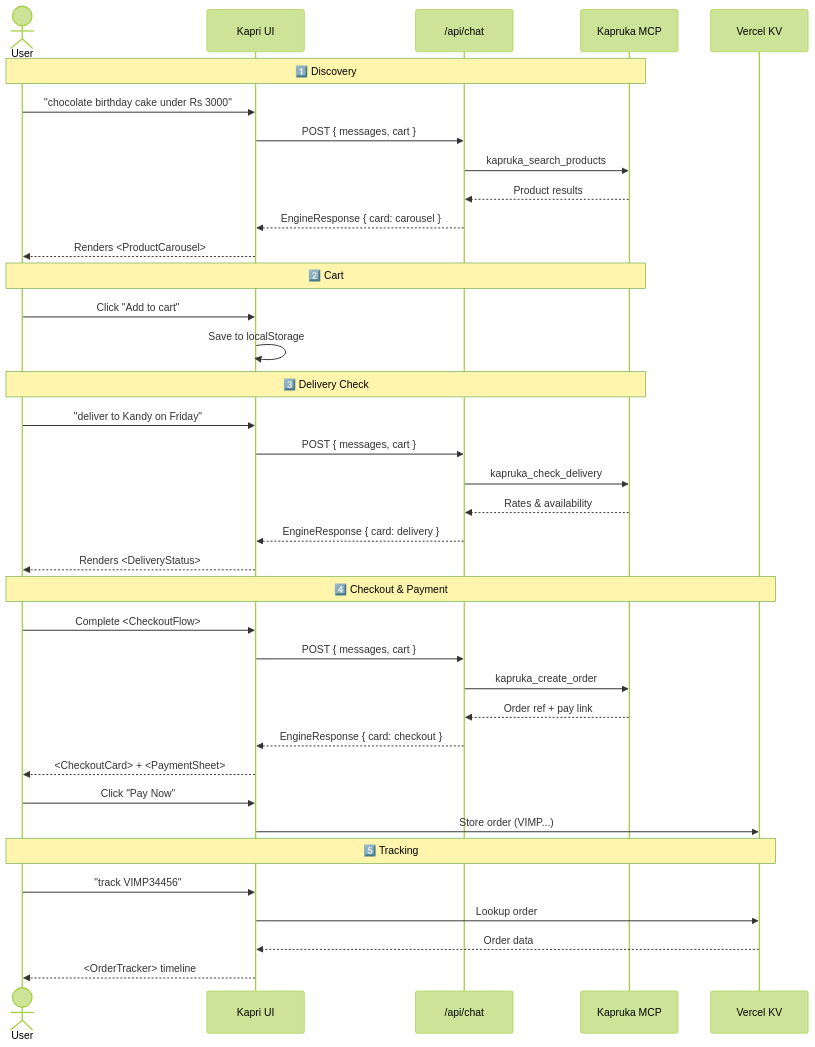
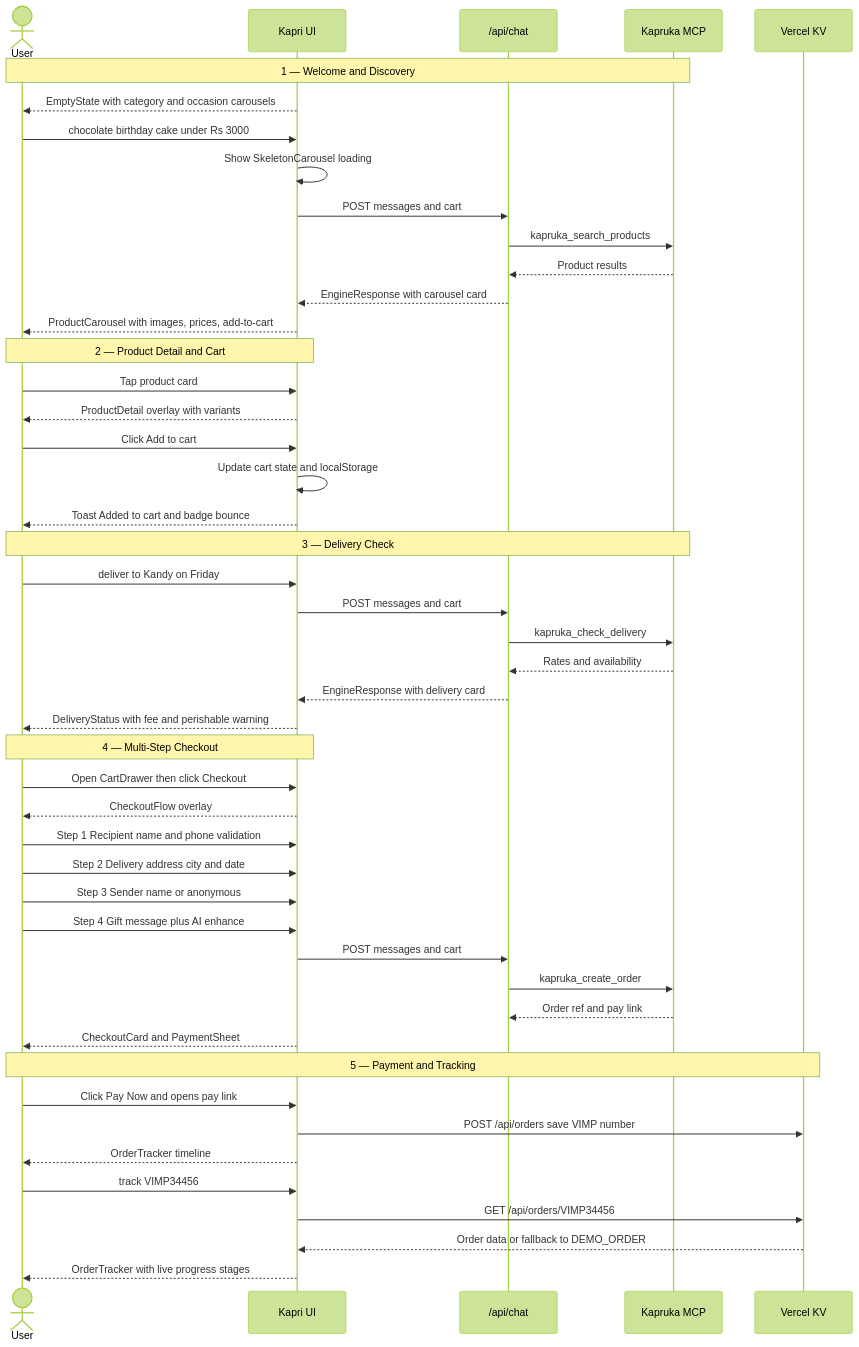
The fourth of 5 diagrams in README.md (LasaKaru/kapri), drawn with Mermaid (forest theme) before and after one commit. The commit also changed other lines of this file and 2 other files, not shown here.

Commit message:
feat: implement Gemini MCP integration and system prompt orchestration

````diff
--- a/README.md
+++ b/README.md
@@ -110,44 +231,54 @@
 ```mermaid
 sequenceDiagram
     actor User
-    participant Kapri as Kapri UI
+    participant UI as Kapri UI
     participant API as /api/chat
     participant MCP as Kapruka MCP
     participant KV as Vercel KV
 
-    Note over User,MCP: 1️⃣ Discovery
-    User->>Kapri: "chocolate birthday cake under Rs 3000"
-    Kapri->>API: POST { messages, cart }
+    Note over User,MCP: 1 — Welcome and Discovery
+    UI-->>User: EmptyState with category and occasion carousels
+    User->>UI: chocolate birthday cake under Rs 3000
+    UI->>UI: Show SkeletonCarousel loading
+    UI->>API: POST messages and cart
     API->>MCP: kapruka_search_products
     MCP-->>API: Product results
-    API-->>Kapri: EngineResponse { card: carousel }
-    Kapri-->>User: Renders <ProductCarousel>
+    API-->>UI: EngineResponse with carousel card
+    UI-->>User: ProductCarousel with images, prices, add-to-cart
 
-    Note over User,MCP: 2️⃣ Cart
-    User->>Kapri: Click "Add to cart"
-    Kapri->>Kapri: Save to localStorage
+    Note over User,UI: 2 — Product Detail and Cart
+    User->>UI: Tap product card
+    UI-->>User: ProductDetail overlay with variants
+    User->>UI: Click Add to cart
+    UI->>UI: Update cart state and localStorage
+    UI-->>User: Toast Added to cart and badge bounce
 
-    Note over User,MCP: 3️⃣ Delivery Check
-    User->>Kapri: "deliver to Kandy on Friday"
-    Kapri->>API: POST { messages, cart }
+    Note over User,MCP: 3 — Delivery Check
+    User->>UI: deliver to Kandy on Friday
+    UI->>API: POST messages and cart
     API->>MCP: kapruka_check_delivery
-    MCP-->>API: Rates & availability
-    API-->>Kapri: EngineResponse { card: delivery }
-    Kapri-->>User: Renders <DeliveryStatus>
+    MCP-->>API: Rates and availability
+    API-->>UI: EngineResponse with delivery card
+    UI-->>User: DeliveryStatus with fee and perishable warning
 
-    Note over User,KV: 4️⃣ Checkout & Payment
-    User->>Kapri: Complete <CheckoutFlow>
-    Kapri->>API: POST { messages, cart }
+    Note over User,UI: 4 — Multi-Step Checkout
+    User->>UI: Open CartDrawer then click Checkout
+    UI-->>User: CheckoutFlow overlay
+    User->>UI: Step 1 Recipient name and phone validation
+    User->>UI: Step 2 Delivery address city and date
+    User->>UI: Step 3 Sender name or anonymous
+    User->>UI: Step 4 Gift message plus AI enhance
+    UI->>API: POST messages and cart
     API->>MCP: kapruka_create_order
-    MCP-->>API: Order ref + pay link
-    API-->>Kapri: EngineResponse { card: checkout }
-    Kapri-->>User: <CheckoutCard> + <PaymentSheet>
-    User->>Kapri: Click "Pay Now"
-    Kapri->>KV: Store order (VIMP...)
+    MCP-->>API: Order ref and pay link
+    UI-->>User: CheckoutCard and PaymentSheet
 
-    Note over User,KV: 5️⃣ Tracking
-    User->>Kapri: "track VIMP34456"
-    Kapri->>KV: Lookup order
-    KV-->>Kapri: Order data
-    Kapri-->>User: <OrderTracker> timeline
+    Note over User,KV: 5 — Payment and Tracking
+    User->>UI: Click Pay Now and opens pay link
+    UI->>KV: POST /api/orders save VIMP number
+    UI-->>User: OrderTracker timeline
+    User->>UI: track VIMP34456
+    UI->>KV: GET /api/orders/VIMP34456
+    KV-->>UI: Order data or fallback to DEMO_ORDER
+    UI-->>User: OrderTracker with live progress stages
 ```
````
